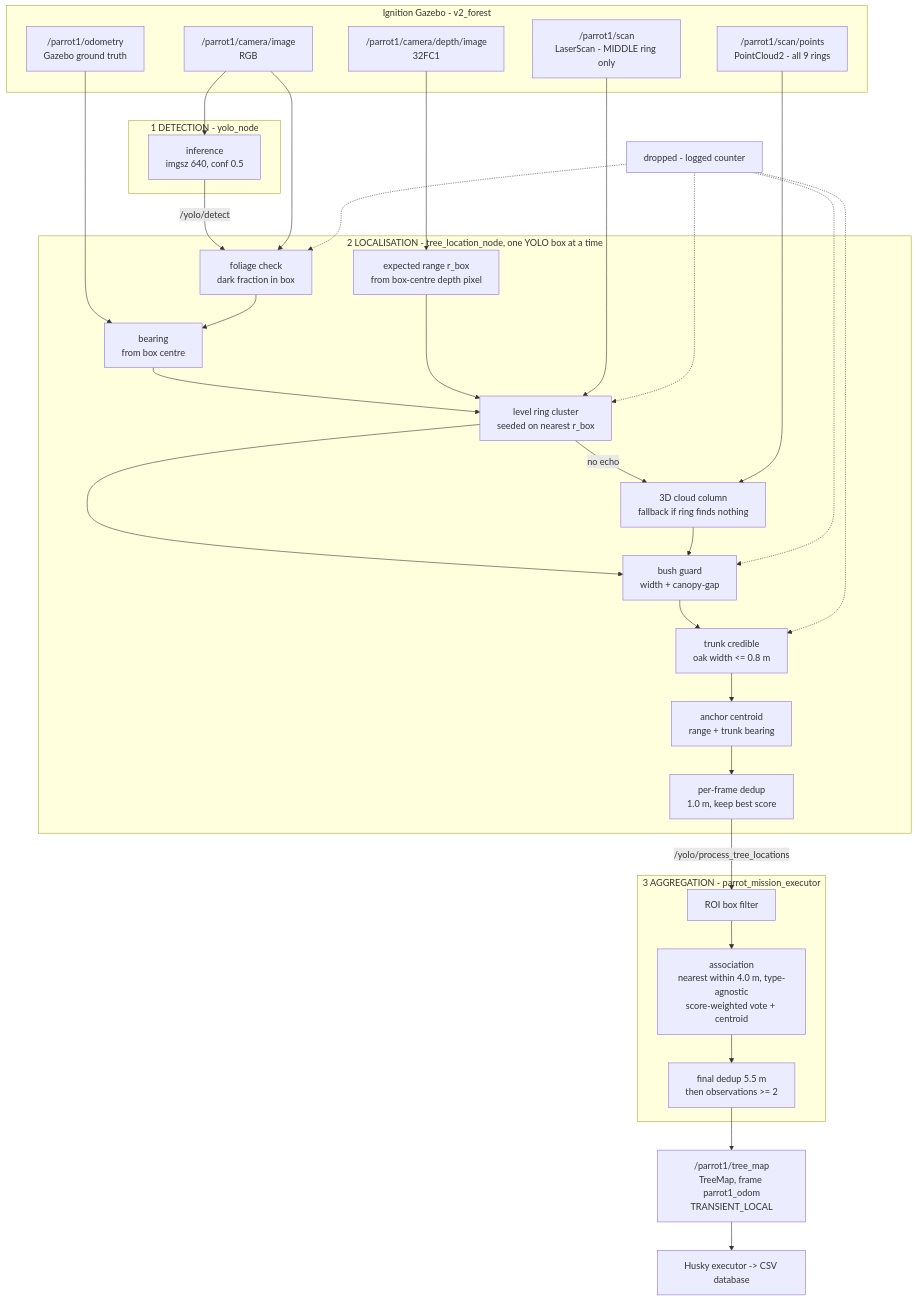
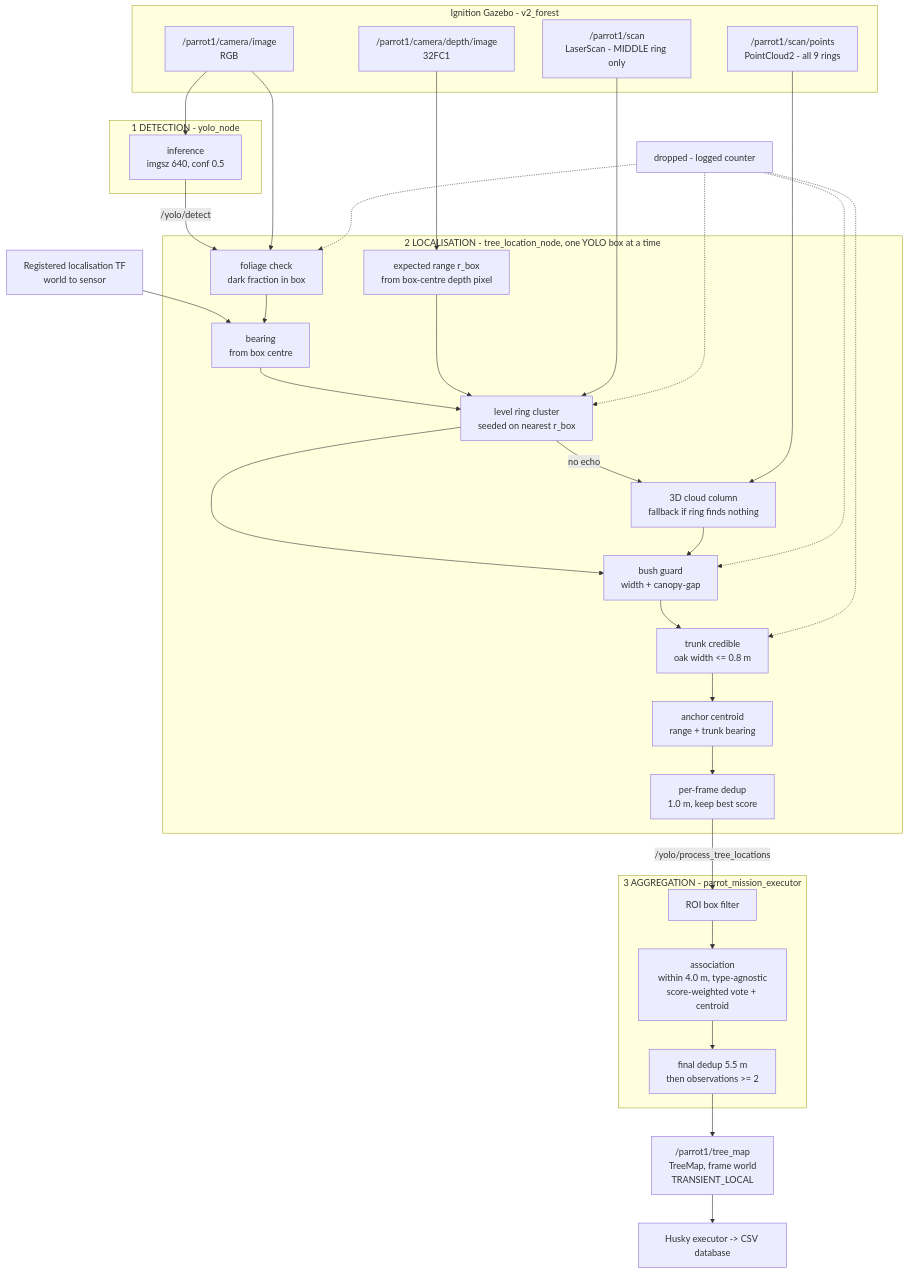
The diagram in rs1_ws/src/rs1_perception/README.md (JamesY1000/robotics-studio-1), drawn with Mermaid before and after one commit. The commit also changed other lines of this file and 127 other files, not shown here.

````diff
--- a/rs1_ws/src/rs1_perception/README.md
+++ b/rs1_ws/src/rs1_perception/README.md
@@ -12,55 +12,55 @@
 ```mermaid
 flowchart TD
     subgraph SIM["Ignition Gazebo - v2_forest"]
         CAM["/parrot1/camera/image<br/>RGB"]
         DEP["/parrot1/camera/depth/image<br/>32FC1"]
         SCAN["/parrot1/scan<br/>LaserScan - MIDDLE ring only"]
         CLD["/parrot1/scan/points<br/>PointCloud2 - all 9 rings"]
-        ODO["/parrot1/odometry<br/>Gazebo ground truth"]
     end
+    ODO["Registered localisation TF<br/>world to sensor"]
 
     subgraph DET["1 DETECTION - yolo_node"]
         INF["inference<br/>imgsz 640, conf 0.5"]
     end
 
     subgraph LOC["2 LOCALISATION - tree_location_node, one YOLO box at a time"]
         FOL["foliage check<br/>dark fraction in box"]
         BRG["bearing<br/>from box centre"]
         RNG["expected range r_box<br/>from box-centre depth pixel"]
         RING["level ring cluster<br/>seeded on nearest r_box"]
         CLOUDP["3D cloud column<br/>fallback if ring finds nothing"]
         BUSHP["bush guard<br/>width + canopy-gap"]
         CRED["trunk credible<br/>oak width <= 0.8 m"]
         ANCH["anchor centroid<br/>range + trunk bearing"]
         DED["per-frame dedup<br/>1.0 m, keep best score"]
     end
 
     subgraph AGG["3 AGGREGATION - parrot_mission_executor"]
         ROIF["ROI box filter"]
-        MERGE["association<br/>nearest within 4.0 m, type-agnostic<br/>score-weighted vote + centroid"]
+        MERGE["association<br/>within 4.0 m, type-agnostic<br/>score-weighted vote + centroid"]
         FIN["final dedup 5.5 m<br/>then observations >= 2"]
     end
 
-    OUT["/parrot1/tree_map<br/>TreeMap, frame parrot1_odom<br/>TRANSIENT_LOCAL"]
+    OUT["/parrot1/tree_map<br/>TreeMap, frame world<br/>TRANSIENT_LOCAL"]
 
     CAM --> INF
     INF -->|"/yolo/detect"| FOL
     DEP --> RNG
     CAM --> FOL
     ODO --> BRG
     FOL --> BRG --> RING
     RNG --> RING
     SCAN --> RING
     RING -->|"no echo"| CLOUDP
     CLD --> CLOUDP
     RING --> BUSHP
     CLOUDP --> BUSHP
     BUSHP --> CRED --> ANCH --> DED
     DRP["dropped - logged counter"] -.-> FOL
     DRP -.-> RING
     DRP -.-> BUSHP
     DRP -.-> CRED
     DED -->|"/yolo/process_tree_locations"| ROIF
     ROIF --> MERGE --> FIN --> OUT
     OUT --> HUSKY["Husky executor -> CSV database"]
 ```
````
